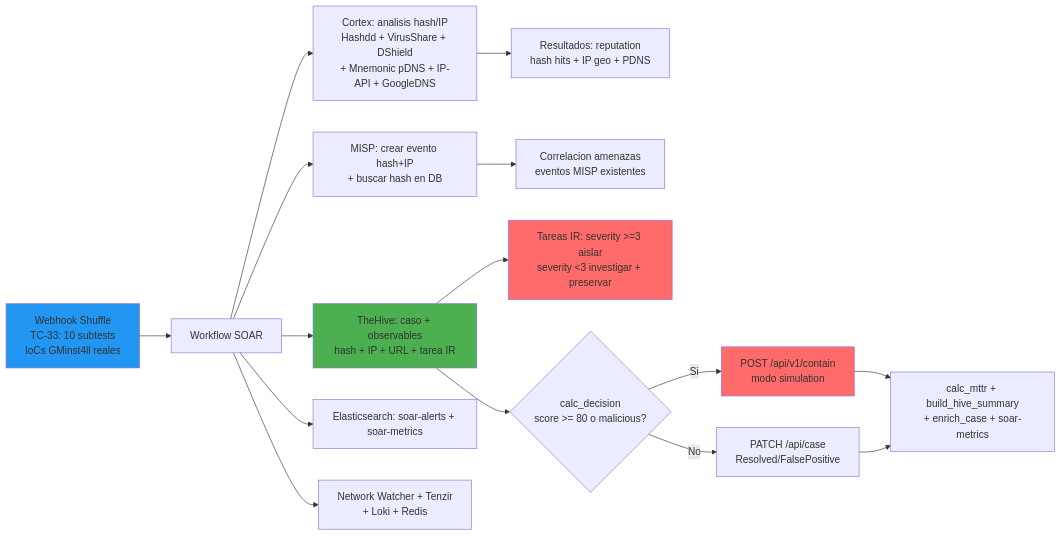
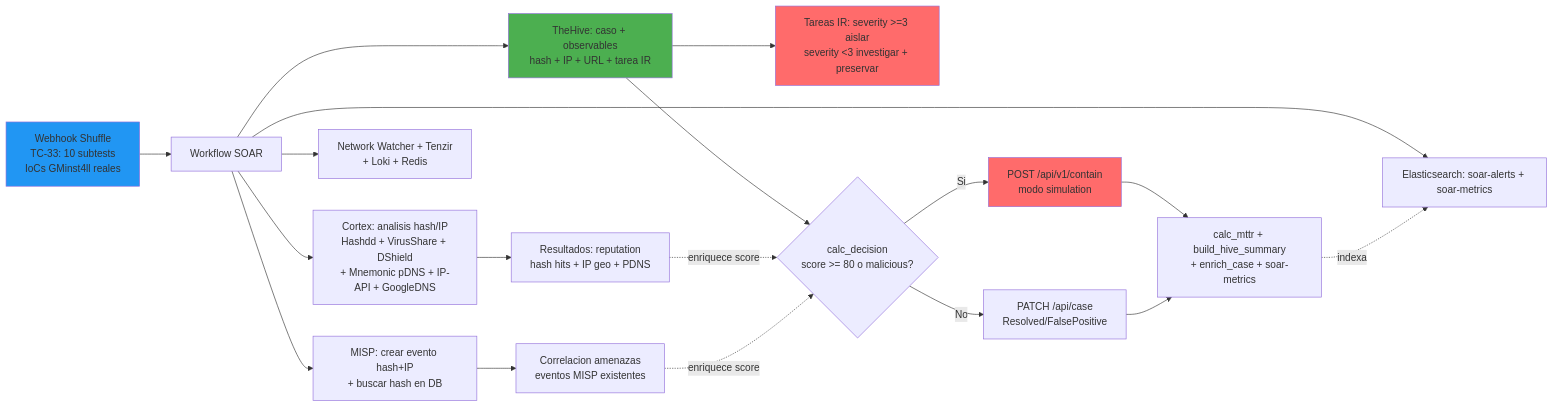
Diagram 12 of 12 in docs/thesis/appendix_f.md (alesanfe/soar-ransomware-lab), drawn with Mermaid before and after one commit. The commit also changed other lines of this file, not shown here.

First line of the commit message:
fix(thesis): F.12 - 3 flechas faltantes en diagrama pipeline SOAR

````diff
--- a/docs/thesis/appendix_f.md
+++ b/docs/thesis/appendix_f.md
@@ -717,21 +672,24 @@
 ```mermaid
 graph LR
  A[Webhook Shuffle<br/>TC-33: 10 subtests<br/>IoCs GMinst4ll reales] --> B[Workflow SOAR]
  B --> C[Cortex: analisis hash/IP<br/>Hashdd + VirusShare + DShield<br/>+ Mnemonic pDNS + IP-API + GoogleDNS]
  B --> D[MISP: crear evento hash+IP<br/>+ buscar hash en DB]
  B --> E[TheHive: caso + observables<br/>hash + IP + URL + tarea IR]
  B --> F[Elasticsearch: soar-alerts + soar-metrics]
  B --> M[Network Watcher + Tenzir<br/>+ Loki + Redis]
  C --> G[Resultados: reputation<br/>hash hits + IP geo + PDNS]
  D --> H[Correlacion amenazas<br/>eventos MISP existentes]
  E --> I[Tareas IR: severity >=3 aislar<br/>severity <3 investigar + preservar]
  E --> J{calc_decision<br/>score >= 80 o malicious?}
+ G -.->|enriquece score| J
+ H -.->|enriquece score| J
  J -->|Si| K[POST /api/v1/contain<br/>modo simulation]
  J -->|No| L[PATCH /api/case<br/>Resolved/FalsePositive]
  K --> N[calc_mttr + build_hive_summary<br/>+ enrich_case + soar-metrics]
  L --> N
+ N -.->|indexa| F
  style A fill:#2196F3
  style E fill:#4CAF50
  style I fill:#ff6b6b
  style K fill:#ff6b6b
 ```
````
